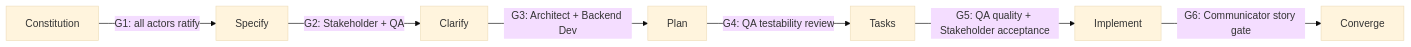
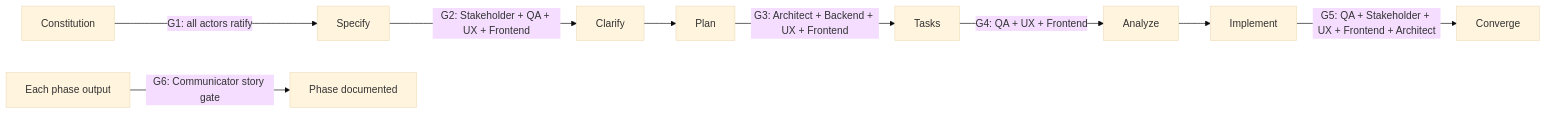
One commit to jorgebg90/vigo-bus-navigator changed the diagram in docs/harness-charter.md. Above: the diagram before and after it, drawn with Mermaid (base theme). The commit also changed other lines of this file and 131 other files, not shown here.

````diff
--- a/docs/harness-charter.md
+++ b/docs/harness-charter.md
@@ -29,9 +31,11 @@
 ```mermaid
 flowchart LR
     A[Constitution] -->|G1: all actors ratify| B[Specify]
-    B -->|G2: Stakeholder + QA| C[Clarify]
-    C -->|G3: Architect + Backend Dev| D[Plan]
-    D -->|G4: QA testability review| E[Tasks]
-    E -->|G5: QA quality + Stakeholder acceptance| F[Implement]
-    F -->|G6: Communicator story gate| G[Converge]
+    B -->|G2: Stakeholder + QA + UX + Frontend| C[Clarify]
+    C --> D[Plan]
+    D -->|G3: Architect + Backend + UX + Frontend| E[Tasks]
+    E -->|G4: QA + UX + Frontend| F[Analyze]
+    F --> H[Implement]
+    H -->|G5: QA + Stakeholder + UX + Frontend + Architect| G[Converge]
+    I[Each phase output] -->|G6: Communicator story gate| J[Phase documented]
 ```
````
